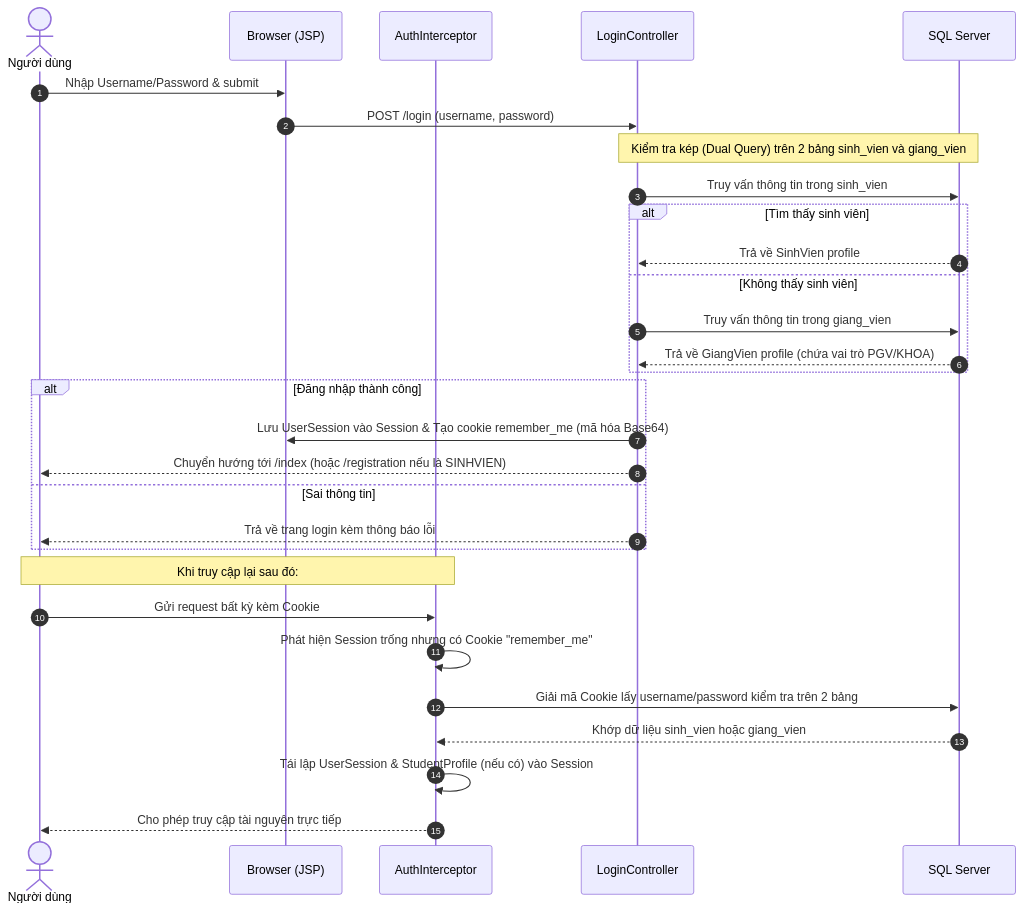
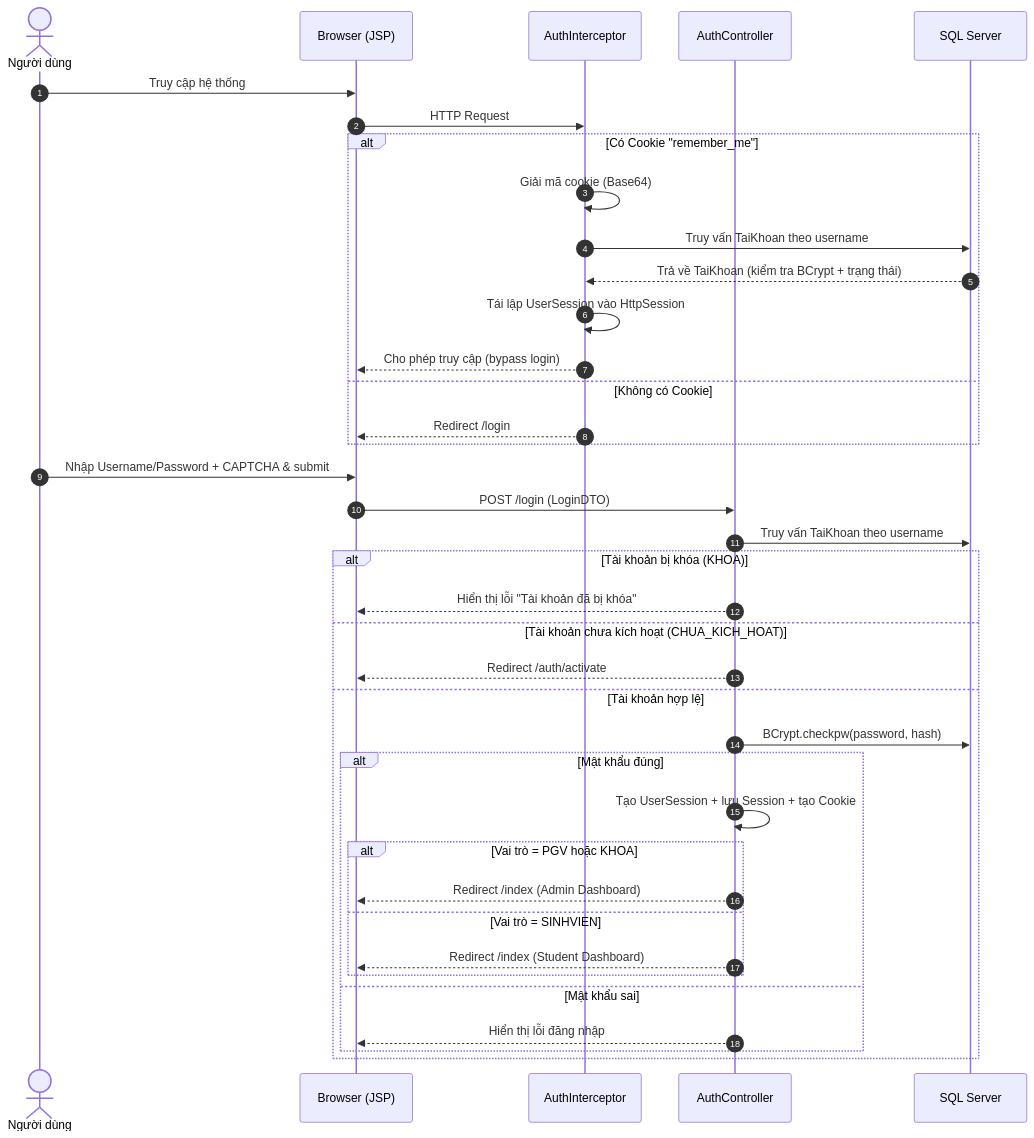
One commit to chivinh123abc/QLDSV_HQT_WEB changed the first of 9 diagrams in README.md. Above: the diagram before and after it, drawn with Mermaid. The commit also changed other lines of this file and 28 other files, not shown here.

````diff
--- a/README.md
+++ b/README.md
@@ -257,34 +239,44 @@
 ```mermaid
 sequenceDiagram
     autonumber
     actor User as Người dùng
-    participant Client as Browser (JSP)
-    participant Interceptor as AuthInterceptor
-    participant Controller as LoginController
+    participant Browser as Browser (JSP)
+    participant Auth as AuthInterceptor
+    participant Controller as AuthController
     participant DB as SQL Server
 
-    User->>Client: Nhập Username/Password & submit
-    Client->>Controller: POST /login (username, password)
-    Note over Controller, DB: Kiểm tra kép (Dual Query) trên 2 bảng sinh_vien và giang_vien
-    Controller->>DB: Truy vấn thông tin trong sinh_vien
-    alt Tìm thấy sinh viên
-        DB-->>Controller: Trả về SinhVien profile
-    else Không thấy sinh viên
-        Controller->>DB: Truy vấn thông tin trong giang_vien
-        DB-->>Controller: Trả về GiangVien profile (chứa vai trò PGV/KHOA)
-    end
-    alt Đăng nhập thành công
-        Controller->>Client: Lưu UserSession vào Session & Tạo cookie remember_me (mã hóa Base64)
-        Controller-->>User: Chuyển hướng tới /index (hoặc /registration nếu là SINHVIEN)
-    else Sai thông tin
-        Controller-->>User: Trả về trang login kèm thông báo lỗi
+    User->>Browser: Truy cập hệ thống
+    Browser->>Auth: HTTP Request
+
+    alt Có Cookie "remember_me"
+        Auth->>Auth: Giải mã cookie (Base64)
+        Auth->>DB: Truy vấn TaiKhoan theo username
+        DB-->>Auth: Trả về TaiKhoan (kiểm tra BCrypt + trạng thái)
+        Auth->>Auth: Tái lập UserSession vào HttpSession
+        Auth-->>Browser: Cho phép truy cập (bypass login)
+    else Không có Cookie
+        Auth-->>Browser: Redirect /login
     end
 
-    Note over User, Interceptor: Khi truy cập lại sau đó:
-    User->>Interceptor: Gửi request bất kỳ kèm Cookie
-    Interceptor->>Interceptor: Phát hiện Session trống nhưng có Cookie "remember_me"
-    Interceptor->>DB: Giải mã Cookie lấy username/password kiểm tra trên 2 bảng
-    DB-->>Interceptor: Khớp dữ liệu sinh_vien hoặc giang_vien
-    Interceptor->>Interceptor: Tái lập UserSession & StudentProfile (nếu có) vào Session
-    Interceptor-->>User: Cho phép truy cập tài nguyên trực tiếp
+    User->>Browser: Nhập Username/Password + CAPTCHA & submit
+    Browser->>Controller: POST /login (LoginDTO)
+
+    Controller->>DB: Truy vấn TaiKhoan theo username
+    alt Tài khoản bị khóa (KHOA)
+        Controller-->>Browser: Hiển thị lỗi "Tài khoản đã bị khóa"
+    else Tài khoản chưa kích hoạt (CHUA_KICH_HOAT)
+        Controller-->>Browser: Redirect /auth/activate
+    else Tài khoản hợp lệ
+        Controller->>DB: BCrypt.checkpw(password, hash)
+        alt Mật khẩu đúng
+            Controller->>Controller: Tạo UserSession + lưu Session + tạo Cookie
+            alt Vai trò = PGV hoặc KHOA
+                Controller-->>Browser: Redirect /index (Admin Dashboard)
+            else Vai trò = SINHVIEN
+                Controller-->>Browser: Redirect /index (Student Dashboard)
+            end
+        else Mật khẩu sai
+            Controller-->>Browser: Hiển thị lỗi đăng nhập
+        end
+    end
 ```
````
